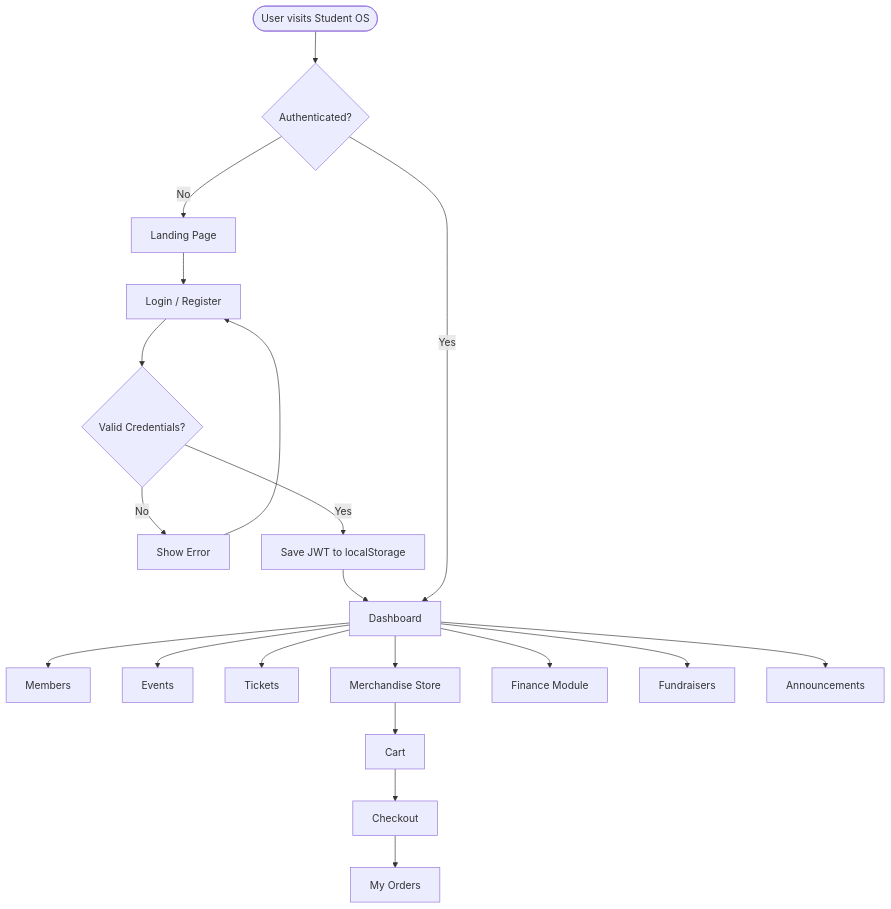
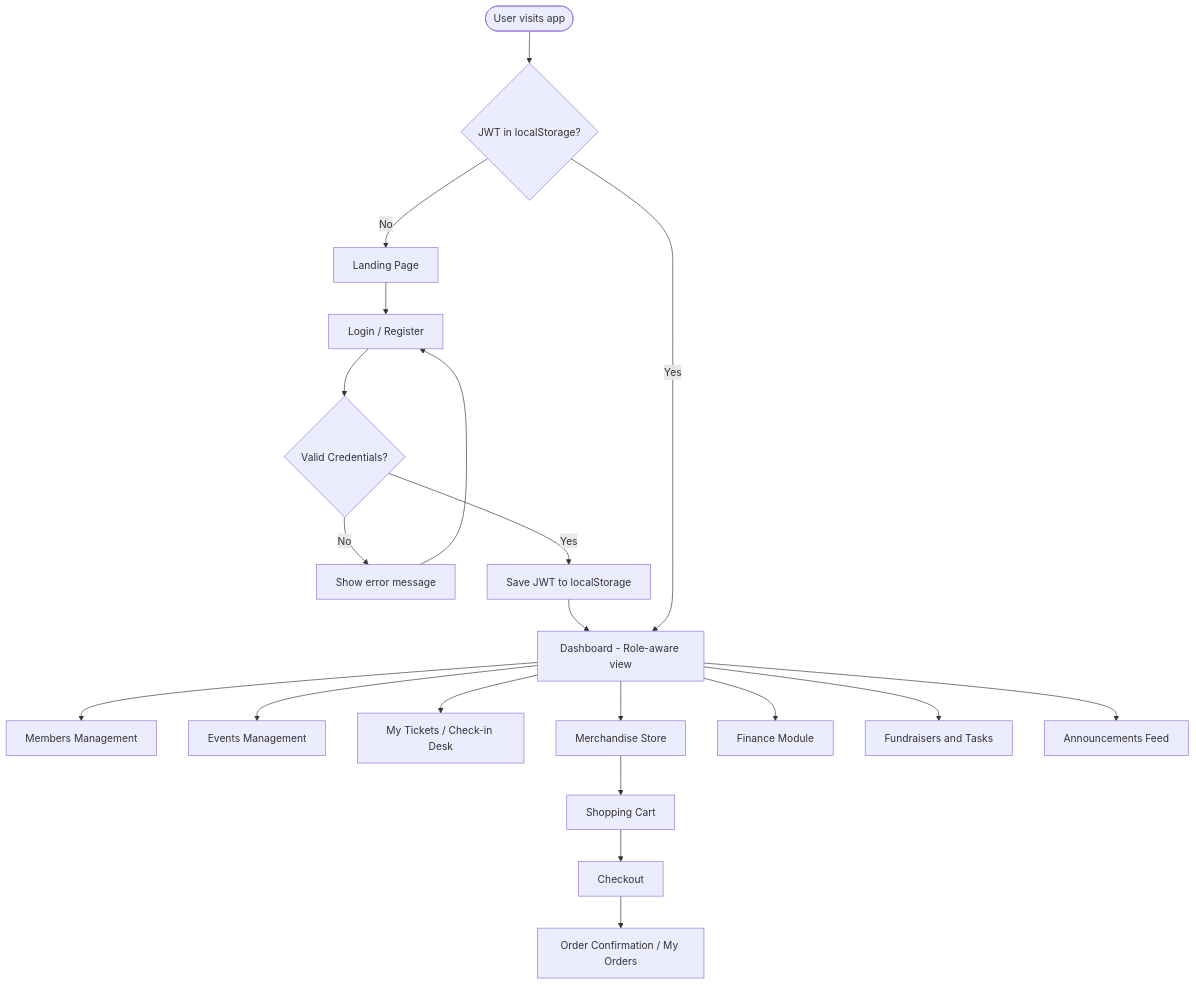
Before and after one commit to AkshitaGaur-hub/Student_OS: the first of 3 diagrams in README.md, drawn with Mermaid. The commit also changed other lines of this file, not shown here.

Commit message:
docs: rewrite README with clean ASCII diagrams, full ER diagram, auth sequence, API reference, RBAC table and project structure — removes emoji characters that render as ??

````diff
--- a/README.md
+++ b/README.md
@@ -138,26 +144,26 @@
 ```mermaid
 flowchart TD
-    Start([User visits Student OS]) --> IsAuth{Authenticated?}
+    Start([User visits app]) --> IsAuth{JWT in localStorage?}
 
     IsAuth -- No --> PublicHome[Landing Page]
     PublicHome --> AuthPage[Login / Register]
     AuthPage --> Creds{Valid Credentials?}
-    Creds -- No --> AuthError[Show Error]
+    Creds -- No --> AuthError[Show error message]
     AuthError --> AuthPage
     Creds -- Yes --> SaveToken[Save JWT to localStorage]
     SaveToken --> Dashboard
 
-    IsAuth -- Yes --> Dashboard[Dashboard]
+    IsAuth -- Yes --> Dashboard[Dashboard - Role-aware view]
 
-    Dashboard --> Members[Members]
-    Dashboard --> Events[Events]
-    Dashboard --> Tickets[Tickets]
+    Dashboard --> Members[Members Management]
+    Dashboard --> Events[Events Management]
+    Dashboard --> Tickets[My Tickets / Check-in Desk]
     Dashboard --> Merch[Merchandise Store]
     Dashboard --> Finance[Finance Module]
-    Dashboard --> Fundraisers[Fundraisers]
-    Dashboard --> Announcements[Announcements]
+    Dashboard --> Fundraisers[Fundraisers and Tasks]
+    Dashboard --> Announcements[Announcements Feed]
 
-    Merch --> Cart[Cart]
+    Merch --> Cart[Shopping Cart]
     Cart --> Checkout[Checkout]
-    Checkout --> Orders[My Orders]
+    Checkout --> Orders[Order Confirmation / My Orders]
 ```
````
